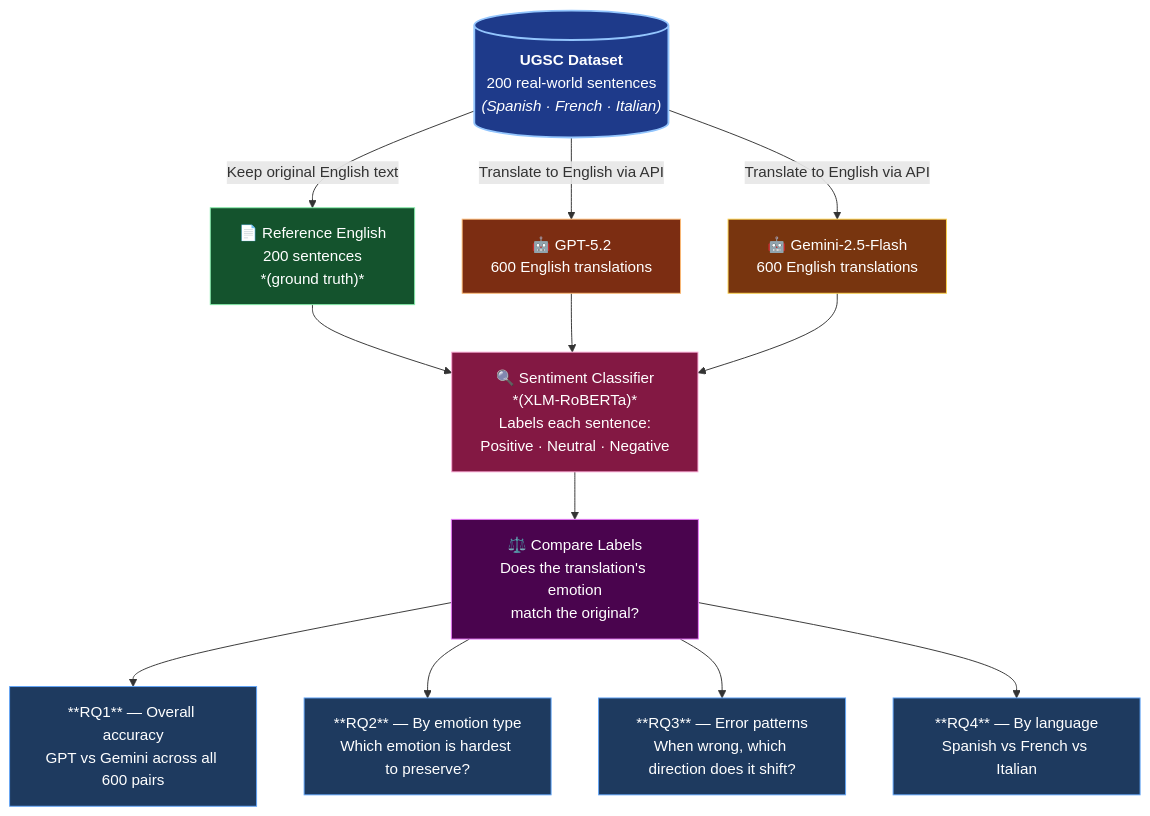
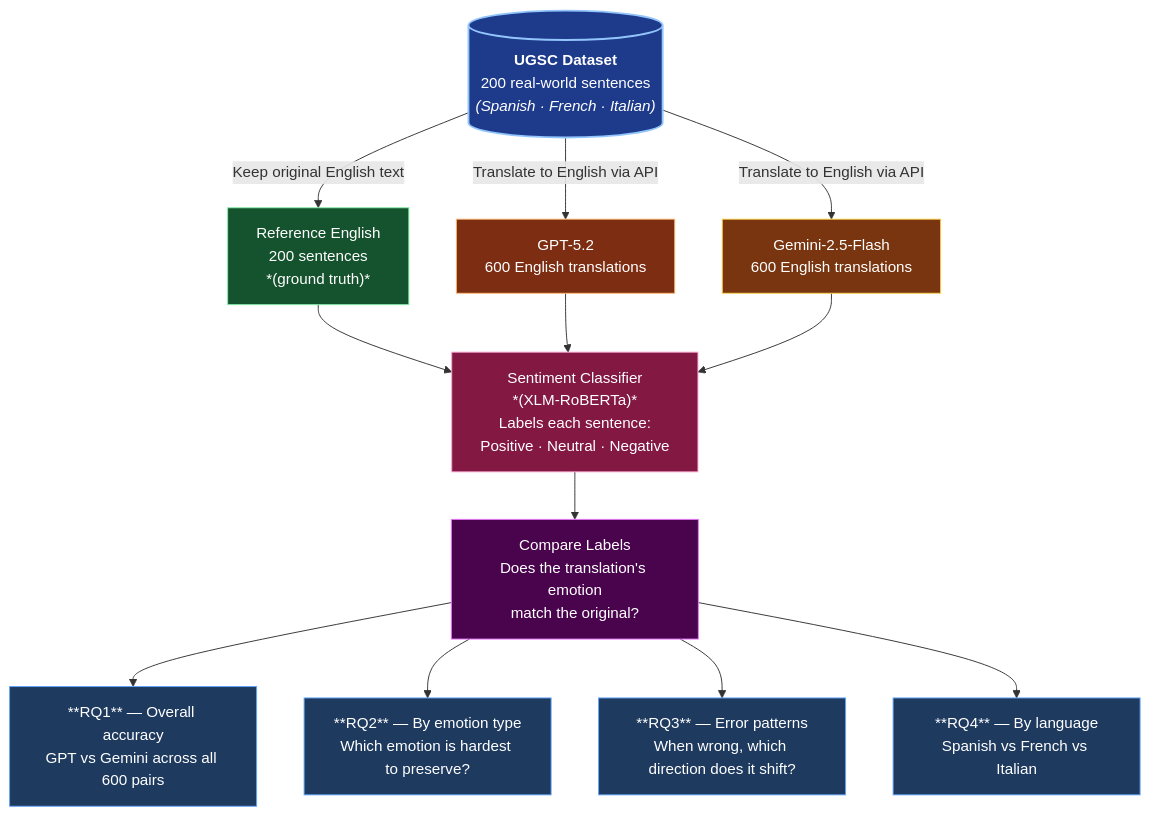
One commit to dApY3112/Sentiment-Comparison changed the diagram in README.md. Above: the diagram before and after it, drawn with Mermaid.

Commit message:
Fix formatting issues in README.md

````diff
--- a/README.md
+++ b/README.md
@@ -25,34 +25,34 @@
 ```mermaid
 flowchart TD
     DS[("`**UGSC Dataset**
     200 real-world sentences
     *(Spanish · French · Italian)*`")]
 
-    DS -->|"Keep original English text"| REF["📄 Reference English<br/>200 sentences<br/>*(ground truth)*"]
+    DS -->|"Keep original English text"| REF["Reference English<br/>200 sentences<br/>*(ground truth)*"]
 
-    DS -->|"Translate to English via API"| GPT["🤖 GPT-5.2<br/>600 English translations"]
+    DS -->|"Translate to English via API"| GPT["GPT-5.2<br/>600 English translations"]
 
-    DS -->|"Translate to English via API"| GEM["🤖 Gemini-2.5-Flash<br/>600 English translations"]
+    DS -->|"Translate to English via API"| GEM["Gemini-2.5-Flash<br/>600 English translations"]
 
-    REF --> CLF["🔍 Sentiment Classifier<br/>*(XLM-RoBERTa)*<br/>Labels each sentence:<br/>Positive · Neutral · Negative"]
+    REF --> CLF["Sentiment Classifier<br/>*(XLM-RoBERTa)*<br/>Labels each sentence:<br/>Positive · Neutral · Negative"]
     GPT --> CLF
     GEM --> CLF
 
-    CLF --> CMP["⚖️ Compare Labels<br/>Does the translation's emotion<br/>match the original?"]
+    CLF --> CMP["Compare Labels<br/>Does the translation's emotion<br/>match the original?"]
 
     CMP --> RQ1["**RQ1** — Overall accuracy<br/>GPT vs Gemini across all 600 pairs"]
     CMP --> RQ2["**RQ2** — By emotion type<br/>Which emotion is hardest to preserve?"]
     CMP --> RQ3["**RQ3** — Error patterns<br/>When wrong, which direction does it shift?"]
     CMP --> RQ4["**RQ4** — By language<br/>Spanish vs French vs Italian"]
 
     style DS fill:#1e3a8a,stroke:#93c5fd,stroke-width:2px,color:#ffffff
     style REF fill:#14532d,stroke:#86efac,color:#ffffff
     style GPT fill:#7c2d12,stroke:#fdba74,color:#ffffff
     style GEM fill:#78350f,stroke:#fcd34d,color:#ffffff
     style CLF fill:#831843,stroke:#f9a8d4,color:#ffffff
     style CMP fill:#4a044e,stroke:#e879f9,color:#ffffff
     style RQ1 fill:#1e3a5f,stroke:#60a5fa,color:#ffffff
     style RQ2 fill:#1e3a5f,stroke:#60a5fa,color:#ffffff
     style RQ3 fill:#1e3a5f,stroke:#60a5fa,color:#ffffff
     style RQ4 fill:#1e3a5f,stroke:#60a5fa,color:#ffffff
 ```
````
